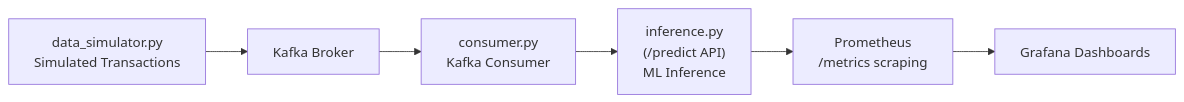
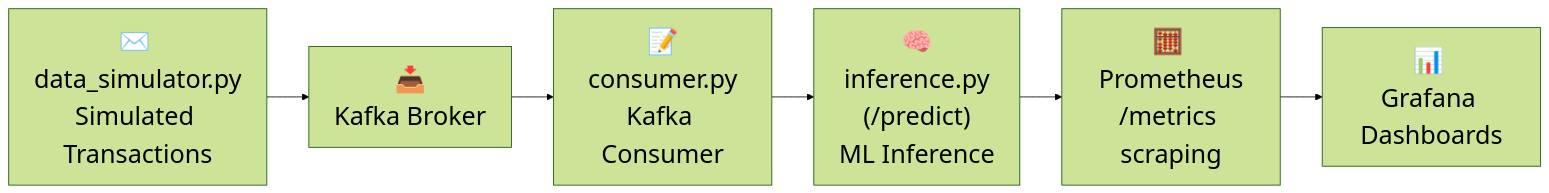
The diagram in README.md (1337kuzey/Real-Time-Fraud-Detection), drawn with Mermaid before and after one commit.

````diff
--- a/README.md
+++ b/README.md
@@ -21,15 +21,16 @@
 ```mermaid
+%%{init: {'theme': 'forest', 'themeVariables': { 'fontSize': '30px', 'fontFamily': 'sans-serif'}}}%%
 flowchart LR
-  Simulator["data_simulator.py<br>Simulated Transactions"]
-  Kafka["Kafka Broker"]
-  Consumer["consumer.py<br>Kafka Consumer"]
-  FastAPI["inference.py<br>(/predict API)<br>ML Inference"]
-  Prometheus["Prometheus<br>/metrics scraping"]
-  Grafana["Grafana Dashboards"]
+  Simulator["✉️ <br>data_simulator.py<br>Simulated Transactions"]
+  Kafka["📥 <br>Kafka Broker"]
+  Consumer["📝<br>consumer.py<br>Kafka Consumer"]
+  FastAPI["🧠<br>inference.py<br>(/predict)<br>ML Inference"]
+  Prometheus["🧮 <br>Prometheus<br>/metrics scraping"]
+  Grafana["📊 <br>Grafana Dashboards"]
 
   Simulator --> Kafka
   Kafka --> Consumer
   Consumer --> FastAPI
   FastAPI --> Prometheus
   Prometheus --> Grafana
 ```
````
